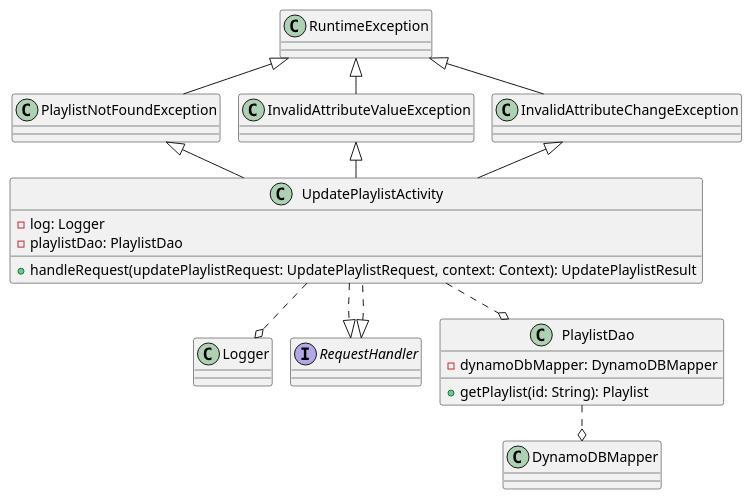
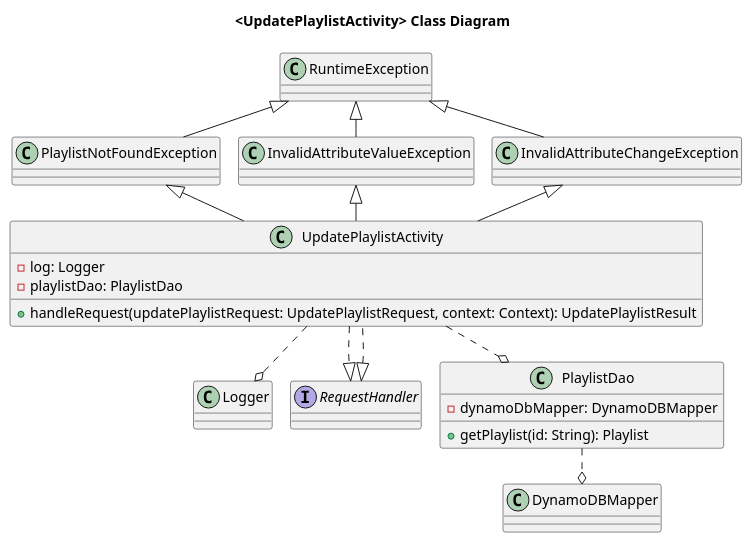
Before and after one commit to cybersister/bd-working-with-databases-music-playlist-service: the fifth of 7 diagrams in src/resources/mastery-task1-music-playlist-CD.puml, drawn with PlantUML. The commit also changed other lines of this file and 5 other files, not shown here.

Commit message:
finished reading through the DESIGN_DOCUMENT ... started up again on the class diagrams, still need to finish the last two: <AlbumTrack> and <Playlist> ... getting ready for a learning assistant appointment right now to see why my test class for mt1 is not running

```diff
--- a/src/resources/mastery-task1-music-playlist-CD.puml
+++ b/src/resources/mastery-task1-music-playlist-CD.puml
@@ -154,35 +162,37 @@
 @startuml
 !pragma layout smetana
+
+title <UpdatePlaylistActivity> Class Diagram
 
 UpdatePlaylistActivity ..o Logger
 
 class UpdatePlaylistActivity implements RequestHandler {
     - log: Logger
     - playlistDao: PlaylistDao
 
     + handleRequest(updatePlaylistRequest: UpdatePlaylistRequest, context: Context): UpdatePlaylistResult
 }
 
 UpdatePlaylistActivity ..o PlaylistDao
 UpdatePlaylistActivity ..|> RequestHandler
 
 class PlaylistNotFoundException extends RuntimeException {
 }
 class InvalidAttributeValueException extends RuntimeException {
 }
 class InvalidAttributeChangeException extends RuntimeException {
 }
 
 PlaylistNotFoundException <|-- UpdatePlaylistActivity
 InvalidAttributeValueException <|-- UpdatePlaylistActivity
 InvalidAttributeChangeException <|-- UpdatePlaylistActivity
 
 class PlaylistDao {
     - dynamoDbMapper: DynamoDBMapper
 
     + getPlaylist(id: String): Playlist
 }
 
 PlaylistDao ..o DynamoDBMapper
 
 @enduml
```
